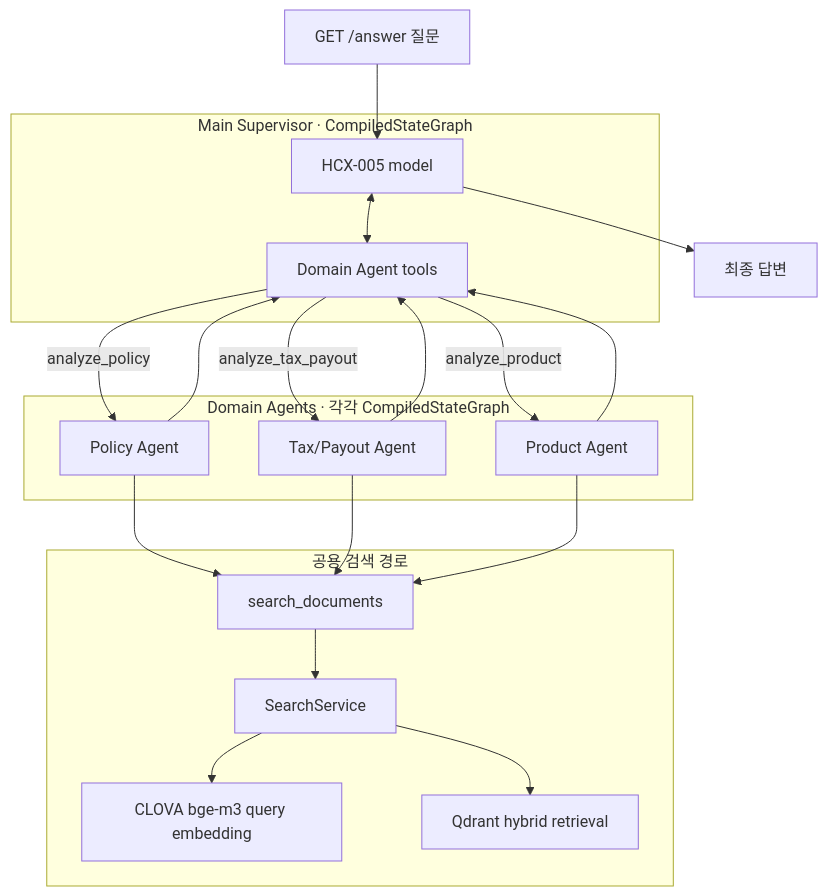
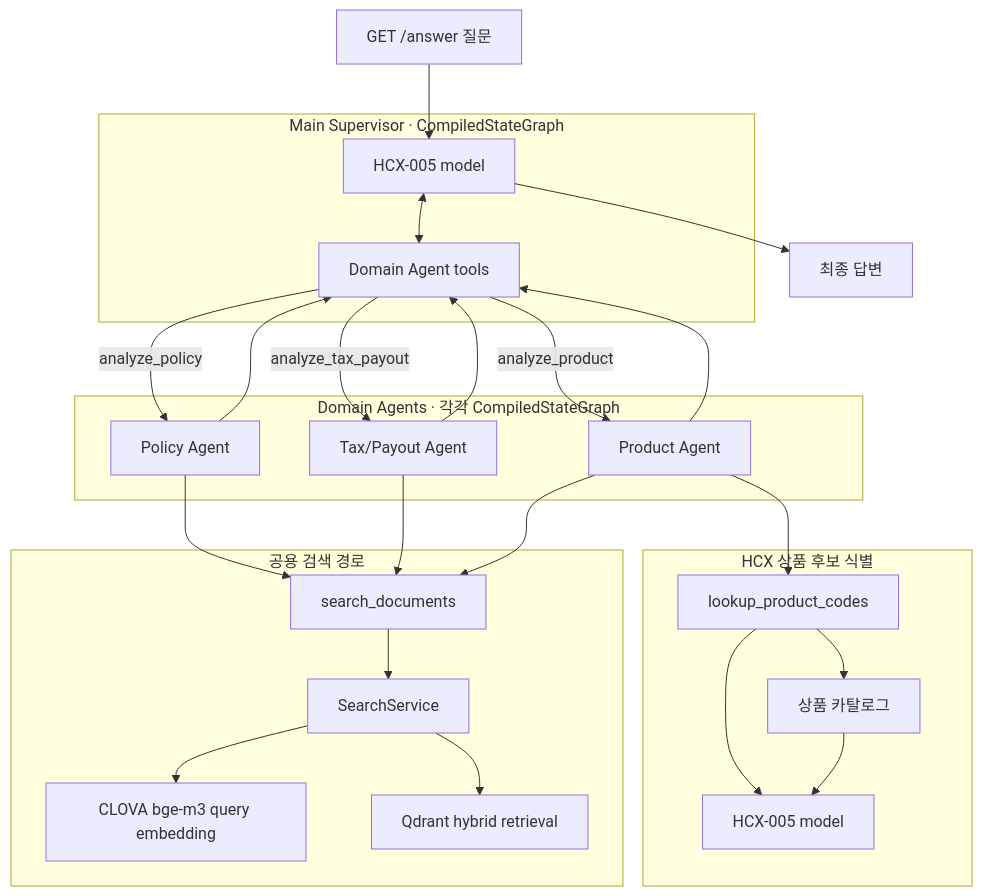
Before and after one commit to nayeon653/-ace3: the first of 5 diagrams in docs/architecture/agent-graphs.md, drawn with Mermaid. The commit also changed other lines of this file and 18 other files, not shown here.

First line of the commit message:
feat(product): HCX 상품 코드 식별 도구 추가

````diff
--- a/docs/architecture/agent-graphs.md
+++ b/docs/architecture/agent-graphs.md
@@ -14,33 +14,40 @@
 ```mermaid
 flowchart TB
     question["GET /answer 질문"] --> supervisor
 
     subgraph main["Main Supervisor · CompiledStateGraph"]
         supervisor["HCX-005 model"] <--> domain_tools["Domain Agent tools"]
     end
 
     domain_tools -->|analyze_policy| domain_policy
     domain_tools -->|analyze_tax_payout| domain_tax_payout
     domain_tools -->|analyze_product| domain_product
 
     subgraph domains["Domain Agents · 각각 CompiledStateGraph"]
         domain_policy["Policy Agent"]
         domain_tax_payout["Tax/Payout Agent"]
         domain_product["Product Agent"]
     end
 
     domain_policy --> domain_tools
     domain_policy --> search_tools
     domain_tax_payout --> domain_tools
     domain_tax_payout --> search_tools
     domain_product --> domain_tools
     domain_product --> search_tools
 
+    subgraph catalog["HCX 상품 후보 식별"]
+        catalog_lookup["lookup_product_codes"] --> catalog_hcx["HCX-005 model"]
+        product_catalog["상품 카탈로그"] --> catalog_hcx
+    end
+    domain_product --> catalog_lookup
+    catalog_lookup --> product_catalog
+
     subgraph search["공용 검색 경로"]
         search_tools["search_documents"] --> search_service["SearchService"]
         search_service --> embedding["CLOVA bge-m3 query embedding"]
         search_service --> qdrant["Qdrant hybrid retrieval"]
     end
 
     supervisor --> answer["최종 답변"]
 ```
````
